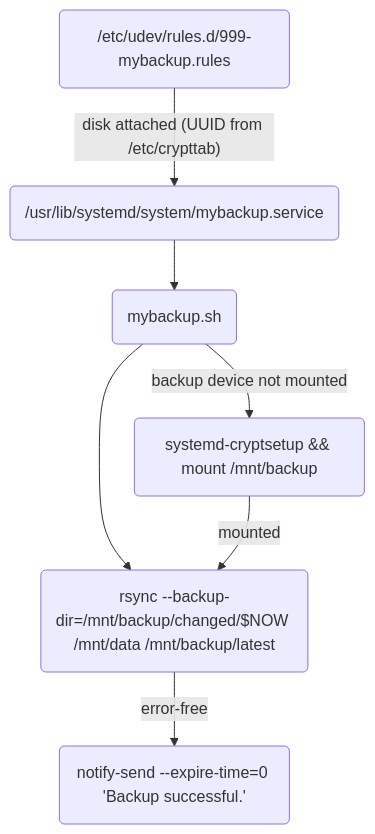
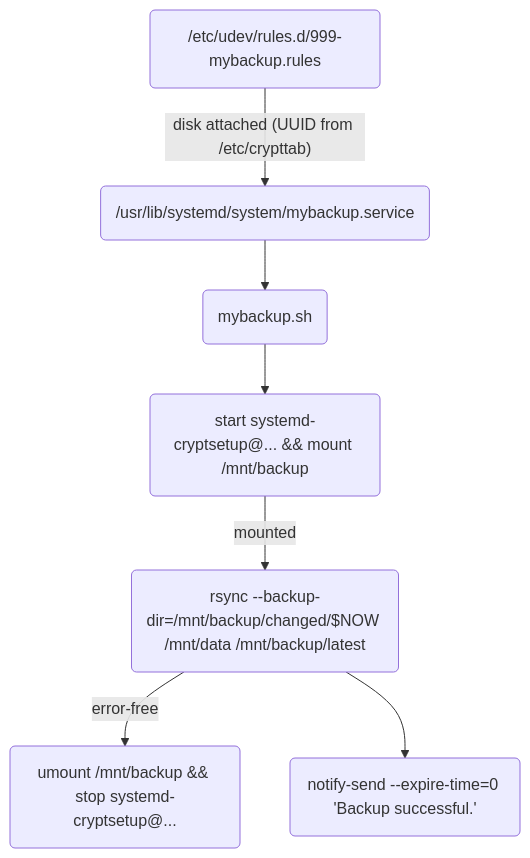
One commit to andre-st/dotfiles changed the diagram in README.md. Above: the diagram before and after it, drawn with Mermaid.

Commit message:
Improve backup flowchart

````diff
--- a/README.md
+++ b/README.md
@@ -259,17 +259,18 @@
 ```mermaid
 flowchart TD
 
 	udev("/etc/udev/rules.d/999-mybackup.rules")
 	service("/usr/lib/systemd/system/mybackup.service")
 	sh("mybackup.sh")
-	mount("systemd-cryptsetup && mount /mnt/backup")
+	mount("start systemd-cryptsetup@... && mount /mnt/backup")
+	umount("umount /mnt/backup && stop systemd-cryptsetup@...")
 	rsync("rsync --backup-dir=/mnt/backup/changed/$NOW /mnt/data /mnt/backup/latest")
 	notify("notify-send --expire-time=0 'Backup successful.'")
 
 	udev-- "disk attached (UUID from /etc/crypttab)" -->service
 	service-->sh
-	sh-- "backup device not mounted" -->mount
-	sh-->rsync
+	sh-->mount
 	mount-- "mounted" -->rsync
-	rsync-- "error-free" -->notify
+	rsync-- "error-free" -->umount
+	rsync-->notify
 ```
````
